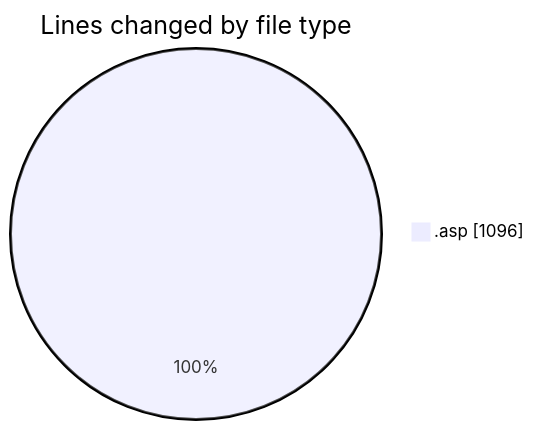
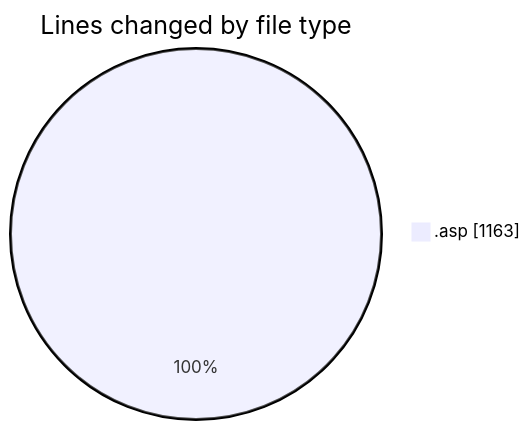
Before and after one commit to julien-gomy/code-tracking: the first of 2 diagrams in 2025-11-20/cdp_aleoudev_fr__workspace_/README.md, drawn with Mermaid. The commit also changed other lines of this file and 1 other file, not shown here.

````diff
--- a/2025-11-20/cdp_aleoudev_fr__workspace_/README.md
+++ b/2025-11-20/cdp_aleoudev_fr__workspace_/README.md
@@ -22,5 +23,5 @@
 ```mermaid
 pie showData
 title Lines changed by file type
-".asp" : 1096
+".asp" : 1163
 ```
````
